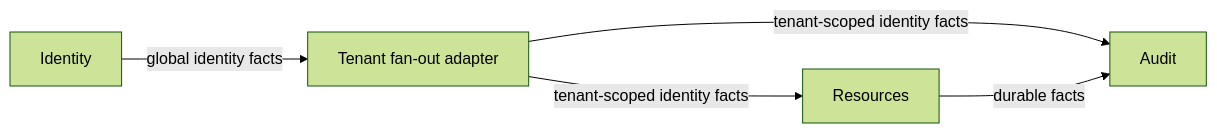
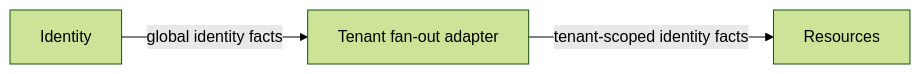
One commit to spine-examples/access-desk-ts changed the diagram in references/architecture.md. Above: the diagram before and after it, drawn with Mermaid (forest theme). The commit also changed other lines of this file and 12 other files, not shown here.

````diff
--- a/references/architecture.md
+++ b/references/architecture.md
@@ -49,7 +49,5 @@
 ```mermaid
 flowchart LR
   Identity -->|global identity facts| Fanout[Tenant fan-out adapter]
   Fanout -->|tenant-scoped identity facts| Resources
-  Fanout -->|tenant-scoped identity facts| Audit
-  Resources -->|durable facts| Audit
 ```
````
